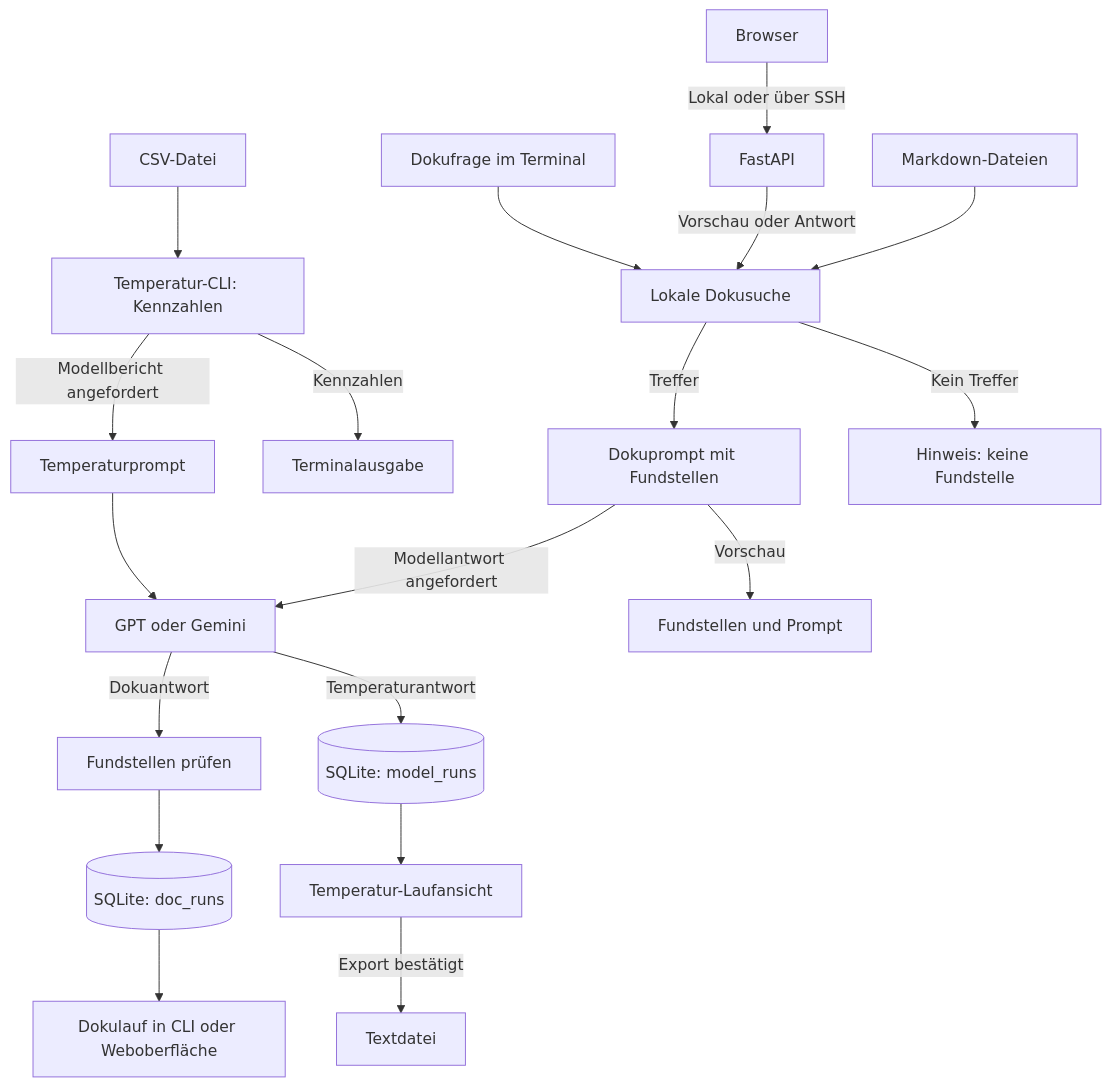
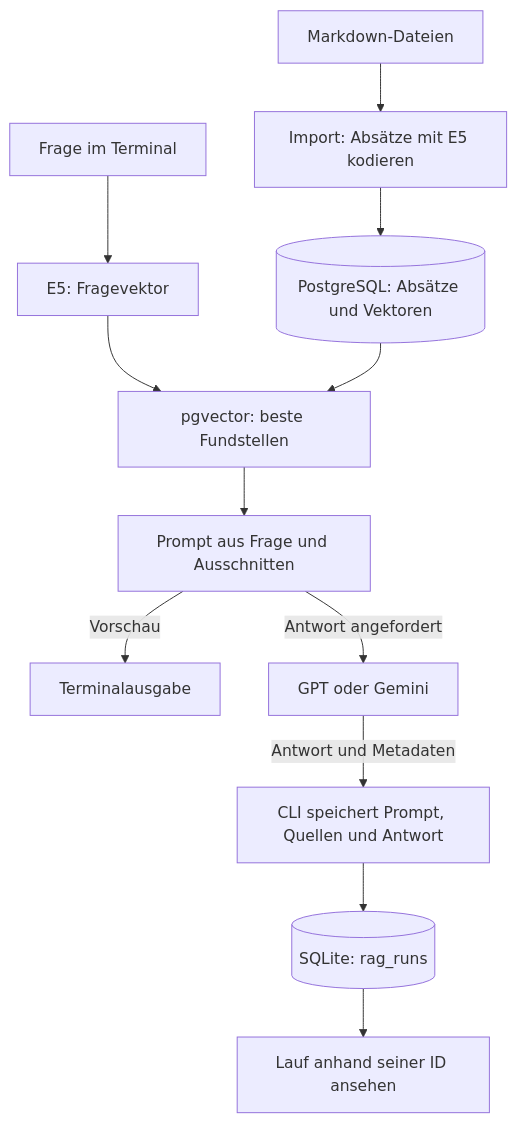
The diagram in README.md (DanielMS616/cosi-lab), drawn with Mermaid before and after one commit. The commit also changed other lines of this file, not shown here.

Commit message:
docs: README auf den aktuellen RAG-Stand bringen

````diff
--- a/README.md
+++ b/README.md
@@ -13,24 +11,14 @@
 ```mermaid
 flowchart TB
-    CSV["CSV-Datei"] --> COUNT["Temperatur-CLI: Kennzahlen"]
-    COUNT -->|Kennzahlen| TERM["Terminalausgabe"]
-    COUNT -->|Modellbericht angefordert| TP["Temperaturprompt"]
-
-    Q["Dokufrage im Terminal"] --> SEARCH["Lokale Dokusuche"]
-    WEB["Browser"] -->|Lokal oder über SSH| API["FastAPI"]
-    API -->|Vorschau oder Antwort| SEARCH
-    DOC["Markdown-Dateien"] --> SEARCH
-    SEARCH -->|Kein Treffer| NONE["Hinweis: keine Fundstelle"]
-    SEARCH -->|Treffer| DP["Dokuprompt mit Fundstellen"]
-    DP -->|Vorschau| VIEW["Fundstellen und Prompt"]
-
-    TP --> MODEL["GPT oder Gemini"]
-    DP -->|Modellantwort angefordert| MODEL
-    MODEL -->|Temperaturantwort| TDB[("SQLite: model_runs")]
-    MODEL -->|Dokuantwort| CITE["Fundstellen prüfen"]
-    CITE --> DDB[("SQLite: doc_runs")]
-
-    TDB --> REPORT["Temperatur-Laufansicht"]
-    REPORT -->|Export bestätigt| TXT["Textdatei"]
-    DDB --> HISTORY["Dokulauf in CLI oder Weboberfläche"]
+    MD["Markdown-Dateien"] --> IMPORT["Import: Absätze mit E5 kodieren"]
+    IMPORT --> PG[("PostgreSQL: Absätze und Vektoren")]
+    Q["Frage im Terminal"] --> E5["E5: Fragevektor"]
+    E5 --> SEARCH["pgvector: beste Fundstellen"]
+    PG --> SEARCH
+    SEARCH --> PROMPT["Prompt aus Frage und Ausschnitten"]
+    PROMPT -->|Vorschau| VIEW["Terminalausgabe"]
+    PROMPT -->|Antwort angefordert| MODEL["GPT oder Gemini"]
+    MODEL -->|Antwort und Metadaten| SAVE["CLI speichert Prompt, Quellen und Antwort"]
+    SAVE --> RUN[("SQLite: rag_runs")]
+    RUN --> REPLAY["Lauf anhand seiner ID ansehen"]
 ```
````
